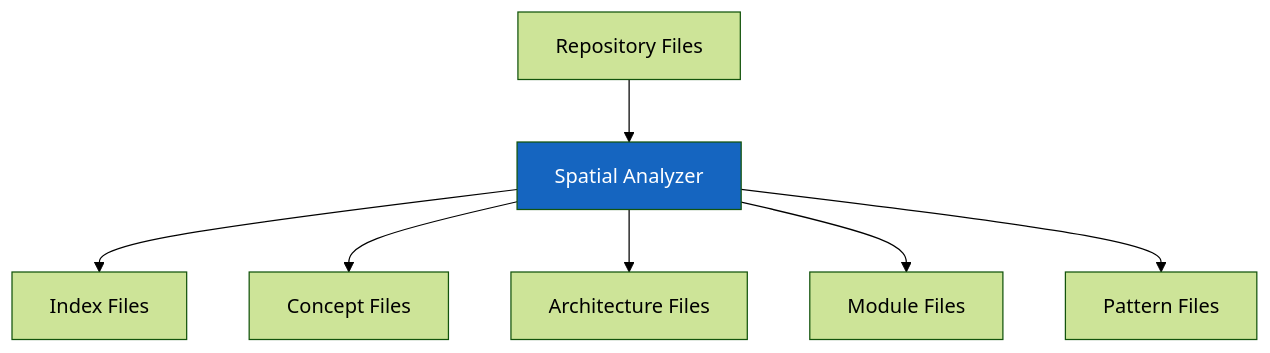
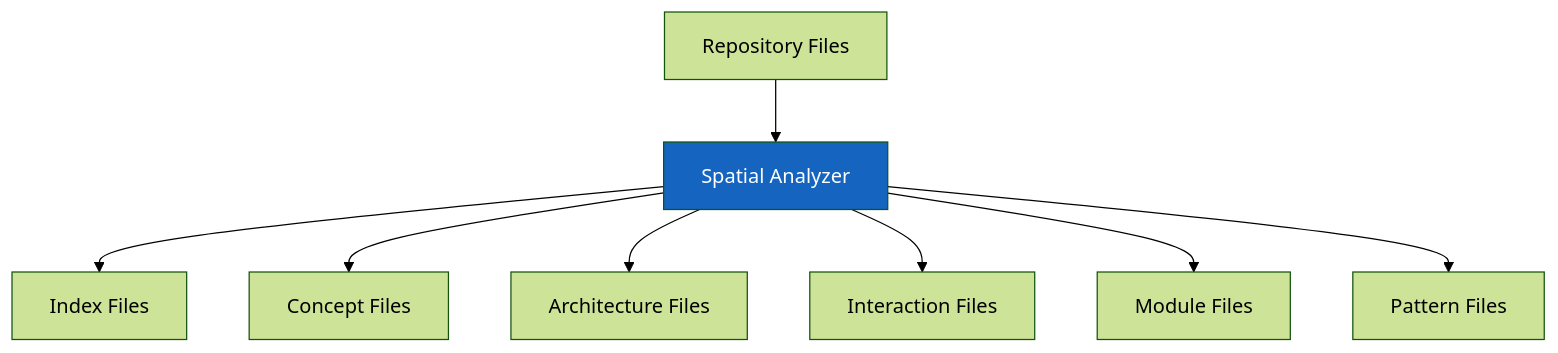
The second of 6 diagrams in docs/concepts/map-reduce-workflows.md (rp1-run/rp1), drawn with Mermaid (forest theme) before and after one commit. The commit also changed other lines of this file and 22 other files, not shown here.

````diff
--- a/docs/concepts/map-reduce-workflows.md
+++ b/docs/concepts/map-reduce-workflows.md
@@ -49,12 +49,13 @@
 ```mermaid
 flowchart TB
     Repo[Repository Files] --> SA[Spatial Analyzer]
 
     SA --> Index[Index Files]
     SA --> Concepts[Concept Files]
     SA --> Arch[Architecture Files]
+    SA --> Interaction[Interaction Files]
     SA --> Modules[Module Files]
     SA --> Patterns[Pattern Files]
 
     style SA fill:#1565c0,color:#fff
 ```
````
